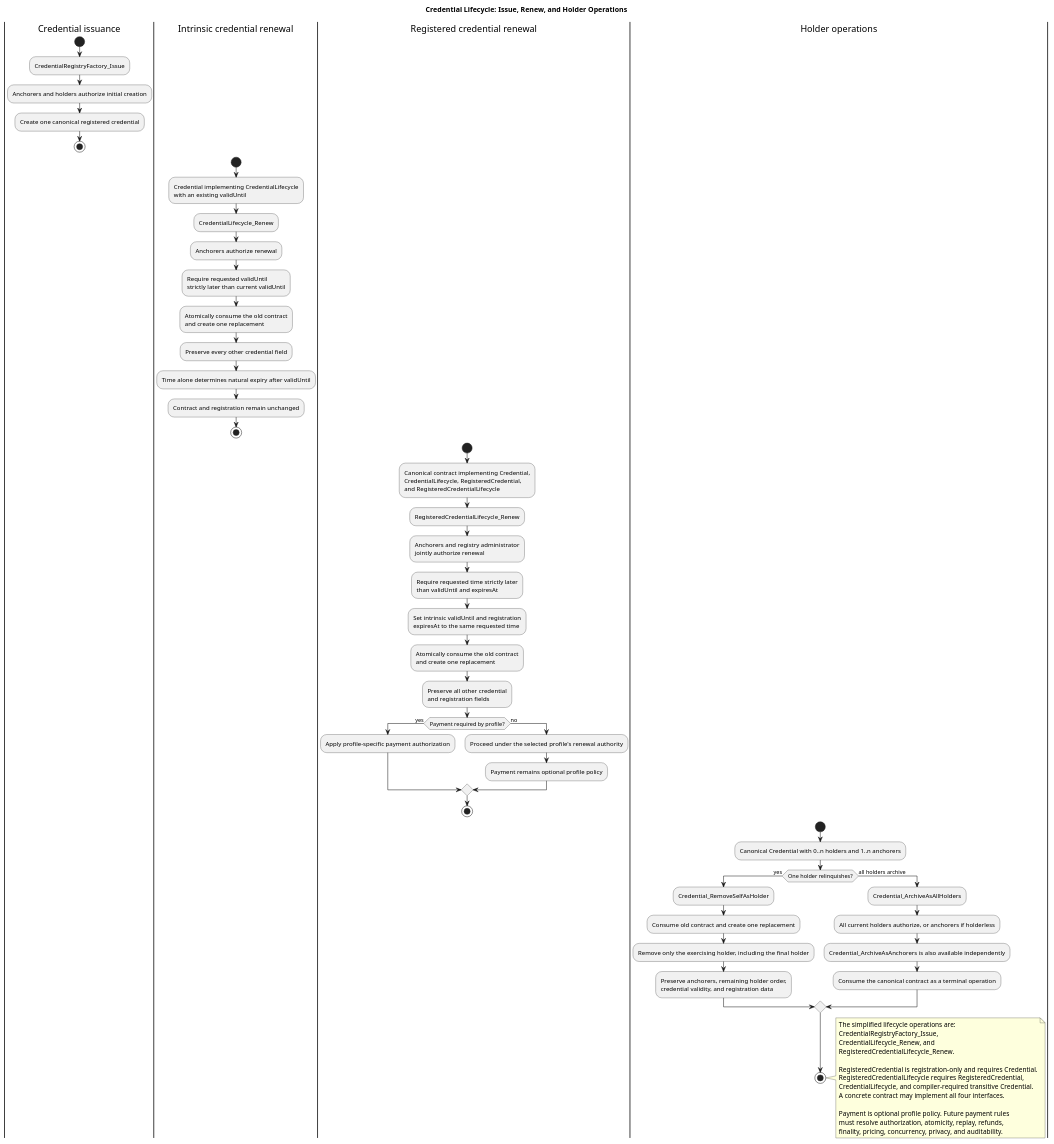
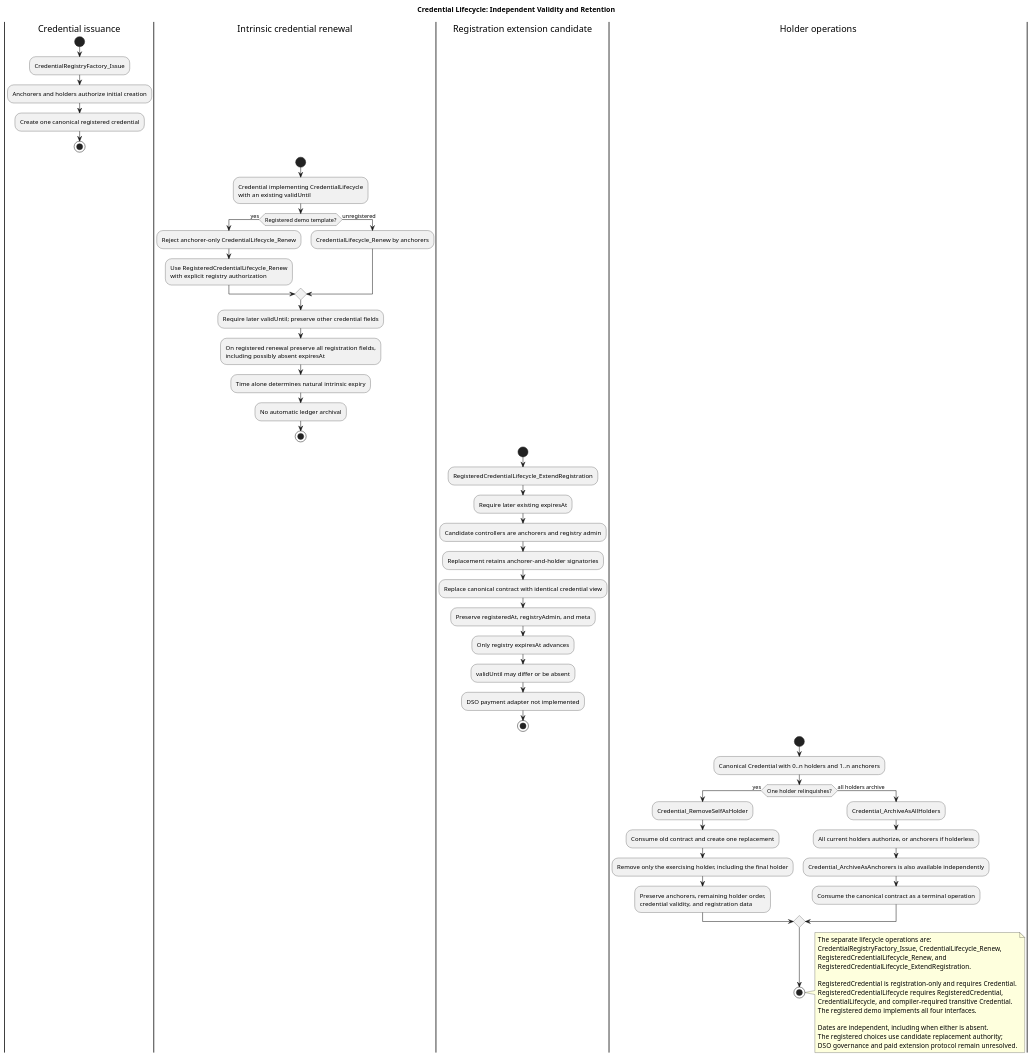
Before and after one commit to unlockitio/cips: the diagram in cn-credentials-standard/images/credentials-lifecycle.puml, drawn with PlantUML. The commit also changed 15 other files, not shown here.

First line of the commit message:
Separate credential validity from registry retention

```diff
--- a/cn-credentials-standard/images/credentials-lifecycle.puml
+++ b/cn-credentials-standard/images/credentials-lifecycle.puml
@@ -1,83 +1,75 @@
 @startuml credentials-lifecycle
-title Credential Lifecycle: Issue, Renew, and Holder Operations
+title Credential Lifecycle: Independent Validity and Retention
 
 |Credential issuance|
 start
 :CredentialRegistryFactory_Issue;
 :Anchorers and holders authorize initial creation;
 :Create one canonical registered credential;
 stop
 
 |Intrinsic credential renewal|
 start
 :Credential implementing CredentialLifecycle
 with an existing validUntil;
-:CredentialLifecycle_Renew;
-:Anchorers authorize renewal;
-:Require requested validUntil
-strictly later than current validUntil;
-:Atomically consume the old contract
-and create one replacement;
-:Preserve every other credential field;
-:Time alone determines natural expiry after validUntil;
-:Contract and registration remain unchanged;
+if (Registered demo template?) then (yes)
+  :Reject anchorer-only CredentialLifecycle_Renew;
+  :Use RegisteredCredentialLifecycle_Renew
+with explicit registry authorization;
+else (unregistered)
+  :CredentialLifecycle_Renew by anchorers;
+endif
+:Require later validUntil; preserve other credential fields;
+:On registered renewal preserve all registration fields,
+including possibly absent expiresAt;
+:Time alone determines natural intrinsic expiry;
+:No automatic ledger archival;
 stop
 
-|Registered credential renewal|
+|Registration extension candidate|
 start
-:Canonical contract implementing Credential,
-CredentialLifecycle, RegisteredCredential,
-and RegisteredCredentialLifecycle;
-:RegisteredCredentialLifecycle_Renew;
-:Anchorers and registry administrator
-jointly authorize renewal;
-:Require requested time strictly later
-than validUntil and expiresAt;
-:Set intrinsic validUntil and registration
-expiresAt to the same requested time;
-:Atomically consume the old contract
-and create one replacement;
-:Preserve all other credential
-and registration fields;
-if (Payment required by profile?) then (yes)
-  :Apply profile-specific payment authorization;
-else (no)
-  :Proceed under the selected profile's renewal authority;
-  :Payment remains optional profile policy;
-endif
+:RegisteredCredentialLifecycle_ExtendRegistration;
+:Require later existing expiresAt;
+:Candidate controllers are anchorers and registry admin;
+:Replacement retains anchorer-and-holder signatories;
+:Replace canonical contract with identical credential view;
+:Preserve registeredAt, registryAdmin, and meta;
+:Only registry expiresAt advances;
+:validUntil may differ or be absent;
+:DSO payment adapter not implemented;
 stop
 
 |Holder operations|
 start
 :Canonical Credential with 0..n holders and 1..n anchorers;
 if (One holder relinquishes?) then (yes)
   :Credential_RemoveSelfAsHolder;
   :Consume old contract and create one replacement;
   :Remove only the exercising holder, including the final holder;
   :Preserve anchorers, remaining holder order,
 credential validity, and registration data;
 else (all holders archive)
   :Credential_ArchiveAsAllHolders;
   :All current holders authorize, or anchorers if holderless;
   :Credential_ArchiveAsAnchorers is also available independently;
   :Consume the canonical contract as a terminal operation;
 endif
 stop
 
 note right
-The simplified lifecycle operations are:
-CredentialRegistryFactory_Issue,
-CredentialLifecycle_Renew, and
-RegisteredCredentialLifecycle_Renew.
+The separate lifecycle operations are:
+CredentialRegistryFactory_Issue, CredentialLifecycle_Renew,
+RegisteredCredentialLifecycle_Renew, and
+RegisteredCredentialLifecycle_ExtendRegistration.
 
 RegisteredCredential is registration-only and requires Credential.
 RegisteredCredentialLifecycle requires RegisteredCredential,
 CredentialLifecycle, and compiler-required transitive Credential.
-A concrete contract may implement all four interfaces.
+The registered demo implements all four interfaces.
 
-Payment is optional profile policy. Future payment rules
-must resolve authorization, atomicity, replay, refunds,
-finality, pricing, concurrency, privacy, and auditability.
+Dates are independent, including when either is absent.
+The registered choices use candidate replacement authority;
+DSO governance and paid extension protocol remain unresolved.
 end note
 
 @enduml
```
